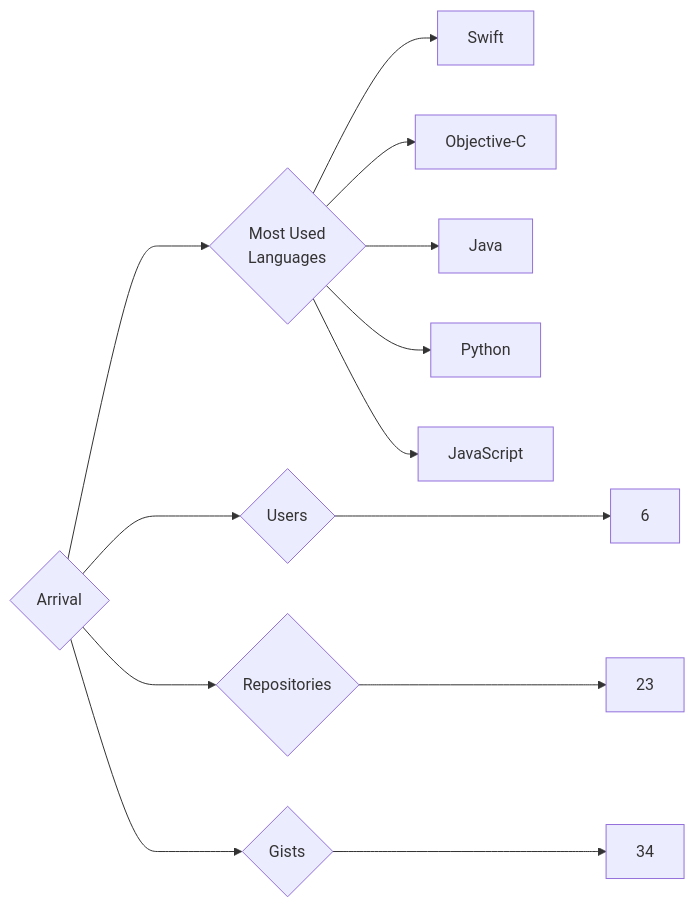
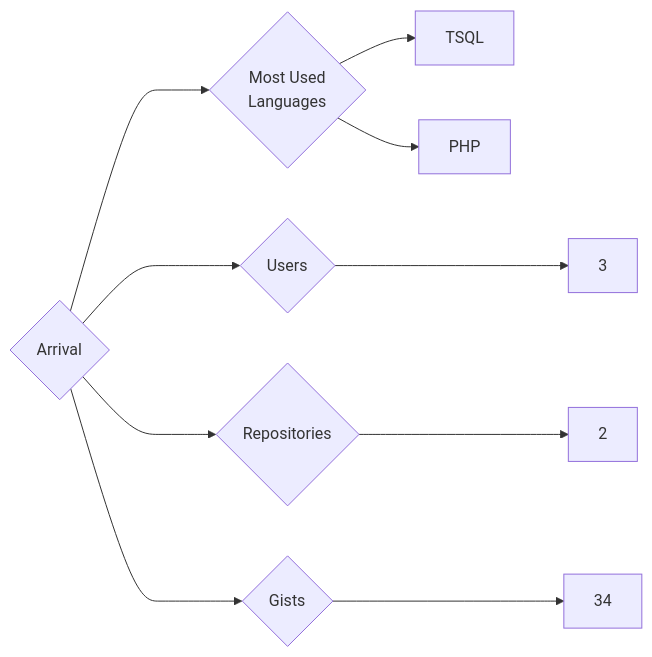
Before and after one commit to trickest/insiders: the diagram in targets/Arrival/README.md, drawn with Mermaid. The commit also changed 1078 other files, not shown here.

````diff
--- a/targets/Arrival/README.md
+++ b/targets/Arrival/README.md
@@ -3,13 +3,10 @@
 ```mermaid
 graph LR
 COMPANY_NAME{Arrival}
-COMPANY_NAME ---> U{Users} ---> UN[6]
-COMPANY_NAME ---> R{Repositories} ---> RN[23]
+COMPANY_NAME ---> U{Users} ---> UN[3]
+COMPANY_NAME ---> R{Repositories} ---> RN[2]
 COMPANY_NAME ---> G{Gists} ---> GN[34]
 COMPANY_NAME ---> ML{Most Used<br>Languages}
-ML --> Swift[Swift]
-ML --> Objective-C[Objective-C]
-ML --> Java[Java]
-ML --> Python[Python]
-ML --> JavaScript[JavaScript]
+ML --> TSQL[TSQL]
+ML --> PHP[PHP]
 ```
````
